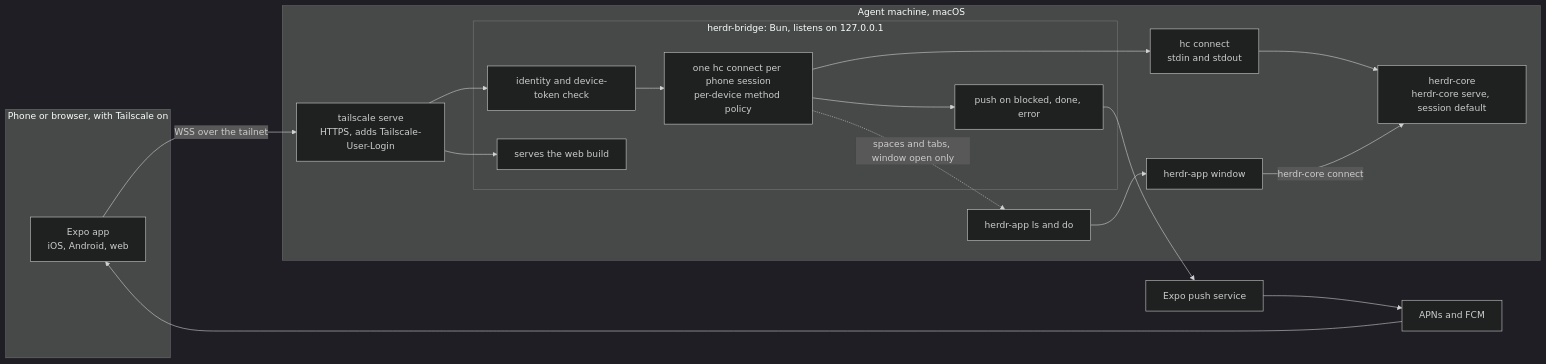
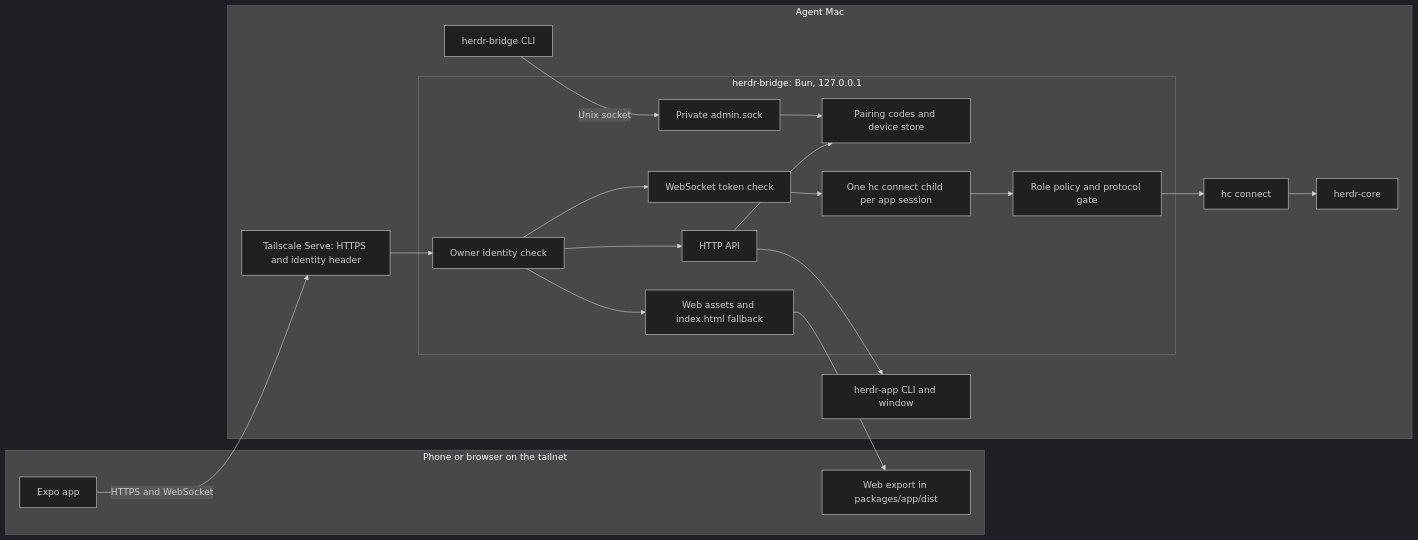
One commit to 0xroylee/herdr-mobile-app changed the diagram in docs/architecture.md. Above: the diagram before and after it, drawn with Mermaid (dark theme). The commit also changed other lines of this file and 6 other files, not shown here.

First line of the commit message:
Add the web build scripts, docs and smoke checklist (U14)

````diff
--- a/docs/architecture.md
+++ b/docs/architecture.md
@@ -7,30 +7,35 @@
 ```mermaid
 flowchart LR
-  subgraph phone["Phone or browser, with Tailscale on"]
-    app["Expo app<br/>iOS, Android, web"]
+  subgraph client["Phone or browser on the tailnet"]
+    app["Expo app"]
+    web["Web export in packages/app/dist"]
   end
 
-  subgraph mac["Agent machine, macOS"]
-    serve["tailscale serve<br/>HTTPS, adds Tailscale-User-Login"]
-    subgraph bridge["herdr-bridge: Bun, listens on 127.0.0.1"]
-      auth["identity and device-token check"]
-      proxy["one hc connect per phone session<br/>per-device method policy"]
-      push["push on blocked, done, error"]
-      web["serves the web build"]
+  subgraph mac["Agent Mac"]
+    serve["Tailscale Serve: HTTPS and identity header"]
+    subgraph bridge["herdr-bridge: Bun, 127.0.0.1"]
+      identity["Owner identity check"]
+      api["HTTP API"]
+      pairing["Pairing codes and device store"]
+      static["Web assets and index.html fallback"]
+      ws["WebSocket token check"]
+      session["One hc connect child per app session"]
+      gate["Role policy and protocol gate"]
+      admin["Private admin.sock"]
     end
-    hcc["hc connect<br/>stdin and stdout"]
-    core["herdr-core<br/>herdr-core serve, session default"]
-    cli["herdr-app ls and do"]
-    window["herdr-app window"]
+    cli["herdr-bridge CLI"]
+    hc["hc connect"]
+    core["herdr-core"]
+    herdr["herdr-app CLI and window"]
   end
 
-  expo["Expo push service"]
-  apns["APNs and FCM"]
-
-  app -- "WSS over the tailnet" --> serve
-  serve --> auth --> proxy --> hcc --> core
-  serve --> web
-  window -- "herdr-core connect" --> core
-  proxy -. "spaces and tabs, window open only" .-> cli --> window
-  proxy --> push --> expo --> apns --> app
+  app -- "HTTPS and WebSocket" --> serve --> identity
+  identity --> api
+  api --> pairing
+  identity --> static
+  identity --> ws --> session --> gate --> hc --> core
+  static --> web
+  api --> herdr
+  cli -- "Unix socket" --> admin
+  admin --> pairing
 ```
````
